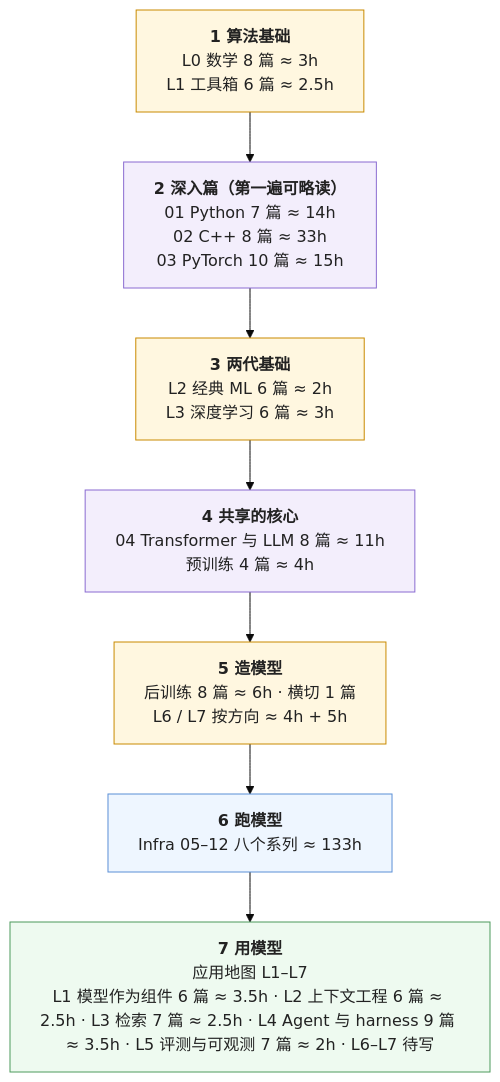
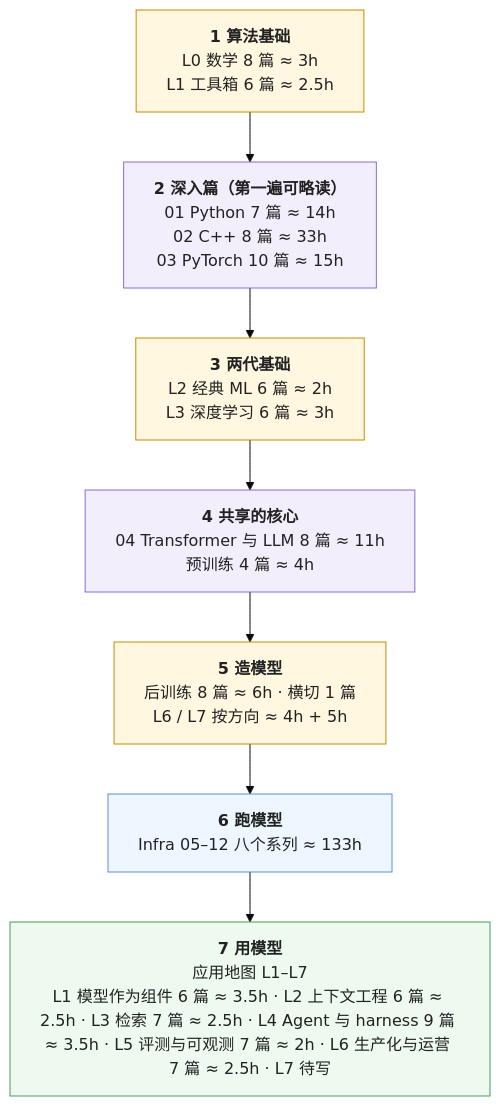
One commit to arganzheng/arganzheng.github.com changed the second of 2 diagrams in _posts/2026-01-01-ai-fullstack-learning-roadmap.md. Above: the diagram before and after it, drawn with Mermaid (base theme). The commit also changed other lines of this file and 4 other files, not shown here.

Commit message:
生产化与运营 07 飞轮与物理世界、08 总结自测；地图登记 L6

````diff
--- a/_posts/2026-01-01-ai-fullstack-learning-roadmap.md
+++ b/_posts/2026-01-01-ai-fullstack-learning-roadmap.md
@@ -134,35 +134,35 @@
 ```mermaid
 %%{init: {"flowchart": {"wrappingWidth": 420}}}%%
 flowchart TB
     S1["`**1 算法基础**
 L0 数学 8 篇 ≈ 3h
 L1 工具箱 6 篇 ≈ 2.5h`"]
     S2["`**2 深入篇（第一遍可略读）**
 01 Python 7 篇 ≈ 14h
 02 C++ 8 篇 ≈ 33h
 03 PyTorch 10 篇 ≈ 15h`"]
     S3["`**3 两代基础**
 L2 经典 ML 6 篇 ≈ 2h
 L3 深度学习 6 篇 ≈ 3h`"]
     S4["`**4 共享的核心**
 04 Transformer 与 LLM 8 篇 ≈ 11h
 预训练 4 篇 ≈ 4h`"]
     S5["`**5 造模型**
 后训练 8 篇 ≈ 6h · 横切 1 篇
 L6 / L7 按方向 ≈ 4h + 5h`"]
     S6["`**6 跑模型**
 Infra 05–12 八个系列 ≈ 133h`"]
     S7["`**7 用模型**
 应用地图 L1–L7
-L1 模型作为组件 6 篇 ≈ 3.5h · L2 上下文工程 6 篇 ≈ 2.5h · L3 检索 7 篇 ≈ 2.5h · L4 Agent 与 harness 9 篇 ≈ 3.5h · L5 评测与可观测 7 篇 ≈ 2h · L6–L7 待写`"]
+L1 模型作为组件 6 篇 ≈ 3.5h · L2 上下文工程 6 篇 ≈ 2.5h · L3 检索 7 篇 ≈ 2.5h · L4 Agent 与 harness 9 篇 ≈ 3.5h · L5 评测与可观测 7 篇 ≈ 2h · L6 生产化与运营 7 篇 ≈ 2.5h · L7 待写`"]
     S1 --> S2 --> S3 --> S4 --> S5 --> S6 --> S7
 
     classDef algo fill:#fff7e0,stroke:#c98a00,stroke-width:1px,color:#222
     classDef infra fill:#eef6ff,stroke:#5b8fd6,stroke-width:1px,color:#222
     classDef app fill:#eefaf0,stroke:#4d9a5c,stroke-width:1px,color:#222
     classDef shared fill:#f3eefc,stroke:#8a6bd1,stroke-width:1px,color:#222
     class S1,S3,S5 algo
     class S2,S4 shared
     class S6 infra
     class S7 app
 ```
````
